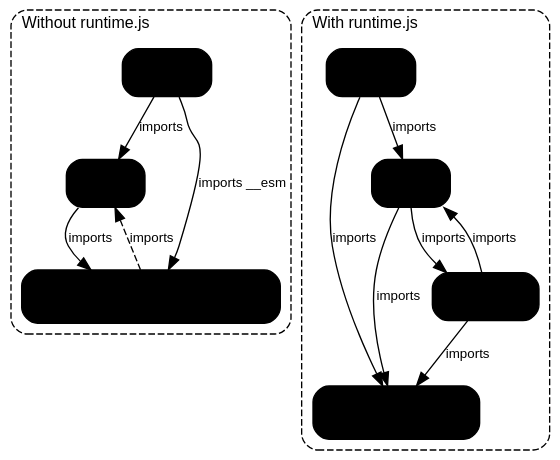
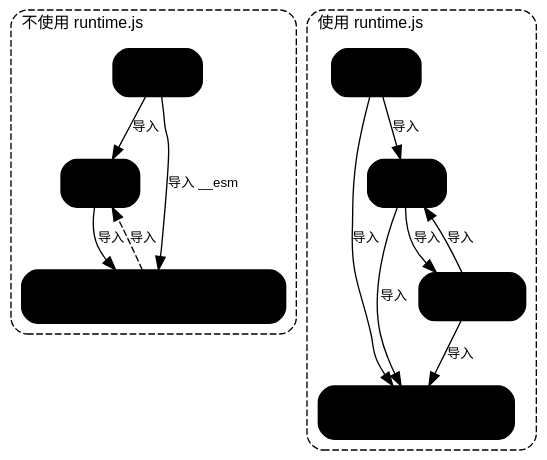
Before and after one commit to dogledogle/rolldown-docs-cn: the diagram in in-depth/manual-code-splitting.md, drawn with Graphviz. The commit also changed other lines of this file and 60 other files, not shown here.

````diff
--- a/in-depth/manual-code-splitting.md
+++ b/in-depth/manual-code-splitting.md
@@ -243,50 +245,50 @@
 ```dot
 digraph {
     bgcolor="transparent";
     rankdir=TB;
     node [shape=box, style="filled,rounded", fontname="Arial", fontsize=12, margin="0.2,0.1", color="${#3c3c43|#dfdfd6}", fontcolor="${#3c3c43|#dfdfd6}"];
     edge [fontname="Arial", fontsize=10, color="${#3c3c43|#dfdfd6}", fontcolor="${#3c3c43|#dfdfd6}"];
     compound=true;
 
     subgraph cluster_problem {
-        label="Without runtime.js";
+        label="不使用 runtime.js";
         labeljust="l";
         fontname="Arial";
         fontsize=12;
         fontcolor="${#3c3c43|#dfdfd6}";
         style="dashed,rounded";
         color="${#cb2431|#f85149}";
 
         p_main [label="main.js", fillcolor="${#fff0e0|#4a2a0a}"];
         p_first [label="first.js", fillcolor="${#dbeafe|#1e3a5f}"];
-        p_second [label="second.js\n(__esm, __export defined here)", fillcolor="${#dbeafe|#1e3a5f}"];
+        p_second [label="second.js\n（在此定义 __esm、__export）", fillcolor="${#dbeafe|#1e3a5f}"];
 
-        p_main -> p_first [label="imports"];
-        p_main -> p_second [label="imports __esm"];
-        p_first -> p_second [label="imports"];
-        p_second -> p_first [label="imports", color="${#cb2431|#f85149}", fontcolor="${#cb2431|#f85149}", style=dashed];
+        p_main -> p_first [label="导入"];
+        p_main -> p_second [label="导入 __esm"];
+        p_first -> p_second [label="导入"];
+        p_second -> p_first [label="导入", color="${#cb2431|#f85149}", fontcolor="${#cb2431|#f85149}", style=dashed];
     }
 
     subgraph cluster_solution {
-        label="With runtime.js";
+        label="使用 runtime.js";
         labeljust="l";
         fontname="Arial";
         fontsize=12;
         fontcolor="${#3c3c43|#dfdfd6}";
         style="dashed,rounded";
         color="${#22863a|#3fb950}";
 
-        s_runtime [label="runtime.js\n(__esm, __export)", fillcolor="${#dcfce7|#14532d}"];
+        s_runtime [label="runtime.js\n（__esm、__export）", fillcolor="${#dcfce7|#14532d}"];
         s_main [label="main.js", fillcolor="${#fff0e0|#4a2a0a}"];
         s_first [label="first.js", fillcolor="${#dbeafe|#1e3a5f}"];
         s_second [label="second.js", fillcolor="${#dbeafe|#1e3a5f}"];
 
-        s_main -> s_runtime [label="imports"];
-        s_main -> s_first [label="imports"];
-        s_first -> s_runtime [label="imports"];
-        s_first -> s_second [label="imports"];
-        s_second -> s_runtime [label="imports"];
-        s_second -> s_first [label="imports"];
+        s_main -> s_runtime [label="导入"];
+        s_main -> s_first [label="导入"];
+        s_first -> s_runtime [label="导入"];
+        s_first -> s_second [label="导入"];
+        s_second -> s_runtime [label="导入"];
+        s_second -> s_first [label="导入"];
     }
 }
 ```
````
